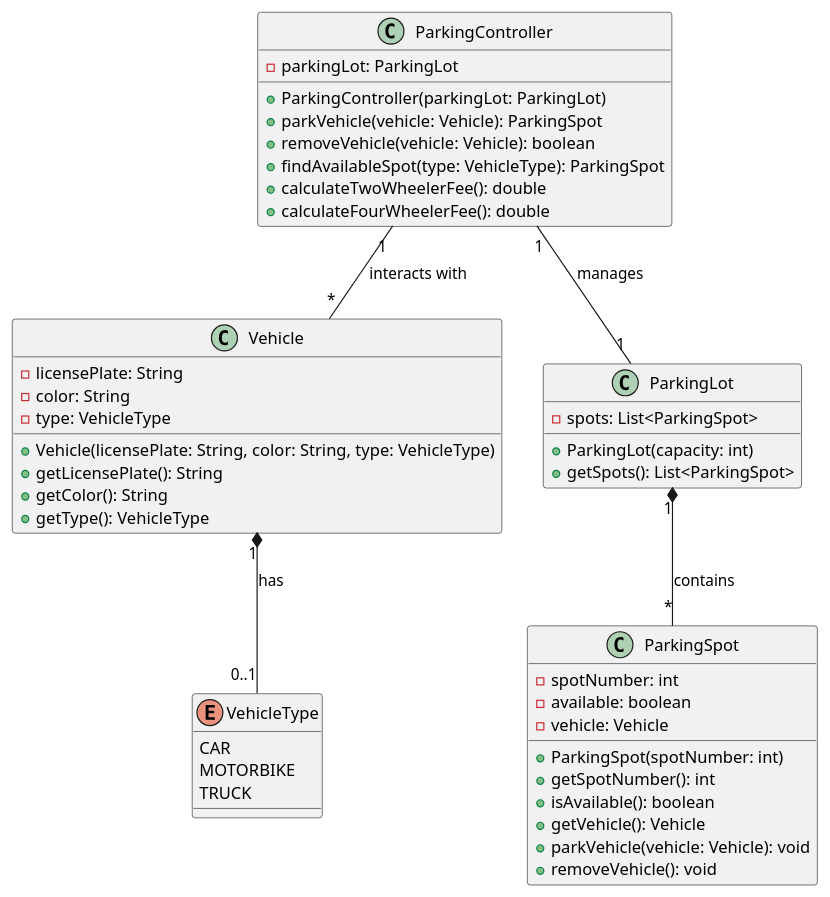
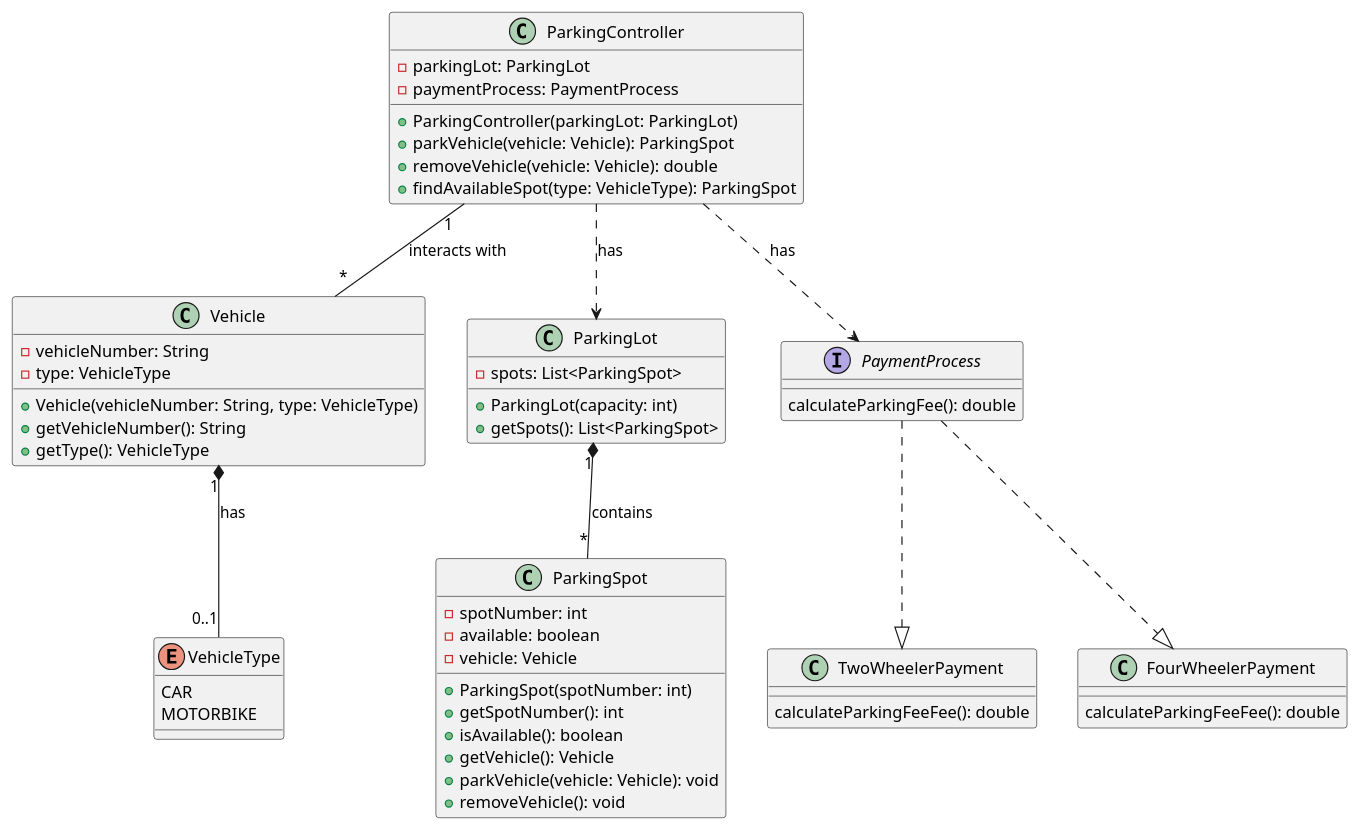
One commit to Rajan-max/Low-Level-Design changed the diagram in src/DesignPatternPractice/ParkingLot.puml. Above: the diagram before and after it, drawn with PlantUML. The commit also changed 7 other files, not shown here.

Commit message:
Added puml class diagram

```diff
--- a/src/DesignPatternPractice/ParkingLot.puml
+++ b/src/DesignPatternPractice/ParkingLot.puml
@@ -1,52 +1,70 @@
 @startuml
+
+'A -- B       // Association
+'B o-- C      // Aggregation
+'C *-- A      // Composition
+'B <|-- C     // Generalization/Inheritance
+'C ..|> A     // Realization
+'A ..> B      // Dependency
+
 class Vehicle {
-    - licensePlate: String
-    - color: String
+    - vehicleNumber: String
     - type: VehicleType
-    + Vehicle(licensePlate: String, color: String, type: VehicleType)
-    + getLicensePlate(): String
-    + getColor(): String
+    + Vehicle(vehicleNumber: String, type: VehicleType)
+    + getVehicleNumber(): String
     + getType(): VehicleType
 }
 
 enum VehicleType {
     CAR
     MOTORBIKE
-    TRUCK
 }
 
 class ParkingSpot {
     - spotNumber: int
     - available: boolean
     - vehicle: Vehicle
     + ParkingSpot(spotNumber: int)
     + getSpotNumber(): int
     + isAvailable(): boolean
     + getVehicle(): Vehicle
     + parkVehicle(vehicle: Vehicle): void
     + removeVehicle(): void
 }
 
 class ParkingLot {
     - spots: List<ParkingSpot>
     + ParkingLot(capacity: int)
     + getSpots(): List<ParkingSpot>
 }
 
 class ParkingController {
     - parkingLot: ParkingLot
+    -paymentProcess: PaymentProcess
     + ParkingController(parkingLot: ParkingLot)
     + parkVehicle(vehicle: Vehicle): ParkingSpot
-    + removeVehicle(vehicle: Vehicle): boolean
+    + removeVehicle(vehicle: Vehicle): double
     + findAvailableSpot(type: VehicleType): ParkingSpot
-    + calculateTwoWheelerFee(): double
-    + calculateFourWheelerFee(): double
+
+}
+interface PaymentProcess {
+     calculateParkingFee(): double
+}
+
+class TwoWheelerPayment {
+    calculateParkingFeeFee(): double
+}
+class FourWheelerPayment{
+   calculateParkingFeeFee(): double
 }
 
 Vehicle "1" *-- "0..1" VehicleType : has
 
 ParkingLot "1" *-- "*" ParkingSpot : contains
-ParkingController "1" -- "1" ParkingLot : manages
+ParkingController  ..>  ParkingLot : has
 ParkingController "1" -- "*" Vehicle : interacts with
+PaymentProcess ..|> TwoWheelerPayment
+PaymentProcess ..|> FourWheelerPayment
+ParkingController  ..>  PaymentProcess : has
 
 @enduml
```
